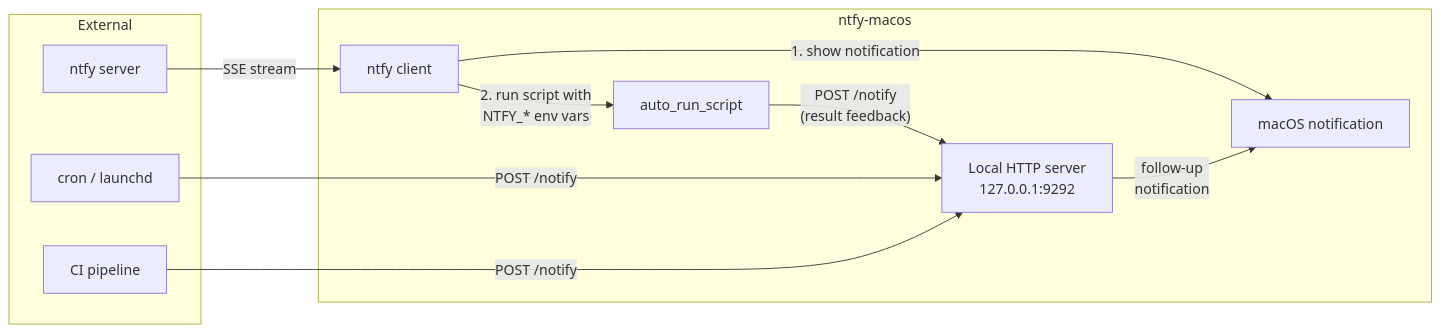
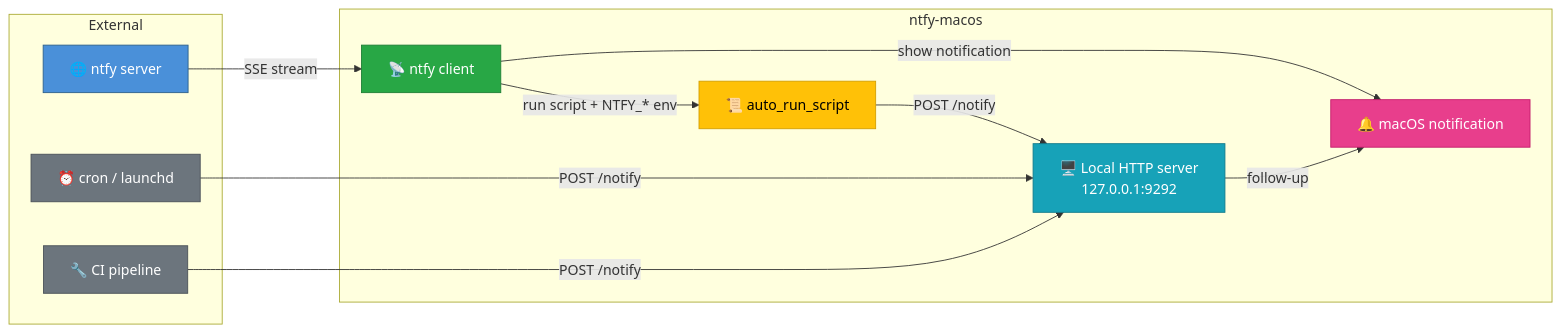
Before and after one commit to laurentftech/ntfy-macos: the diagram in README.md, drawn with Mermaid.

Commit message:
docs: Update flowchart in README with icons and improved clarity for local HTTP server integration

````diff
--- a/README.md
+++ b/README.md
@@ -314,24 +314,33 @@
 ```mermaid
 flowchart LR
     subgraph External
-        ntfy["ntfy server"]
-        cron["cron / launchd"]
-        ci["CI pipeline"]
+        ntfy["🌐 ntfy server"]
+        cron["⏰ cron / launchd"]
+        ci["🔧 CI pipeline"]
     end
 
     subgraph ntfy-macos
-        client["ntfy client"]
-        script["auto_run_script"]
-        local["Local HTTP server\n127.0.0.1:9292"]
-        notif["macOS notification"]
+        client["📡 ntfy client"]
+        script["📜 auto_run_script"]
+        local["🖥️ Local HTTP server
+        127.0.0.1:9292"]
+        notif["🔔 macOS notification"]
     end
 
     ntfy -- "SSE stream" --> client
-    client -- "1. show notification" --> notif
-    client -- "2. run script with\nNTFY_* env vars" --> script
-    script -- "POST /notify\n(result feedback)" --> local
-    local -- "follow-up\nnotification" --> notif
+    client -- "show notification" --> notif
+    client -- "run script + NTFY_* env" --> script
+    script -- "POST /notify" --> local
+    local -- "follow-up" --> notif
 
     cron -- "POST /notify" --> local
     ci -- "POST /notify" --> local
+
+    style ntfy fill:#4a90d9,stroke:#2c5f8a,color:#fff
+    style cron fill:#6c757d,stroke:#495057,color:#fff
+    style ci fill:#6c757d,stroke:#495057,color:#fff
+    style client fill:#28a745,stroke:#1e7e34,color:#fff
+    style script fill:#ffc107,stroke:#d39e00,color:#000
+    style local fill:#17a2b8,stroke:#117a8b,color:#fff
+    style notif fill:#e83e8c,stroke:#c21c6b,color:#fff
 ```
````
